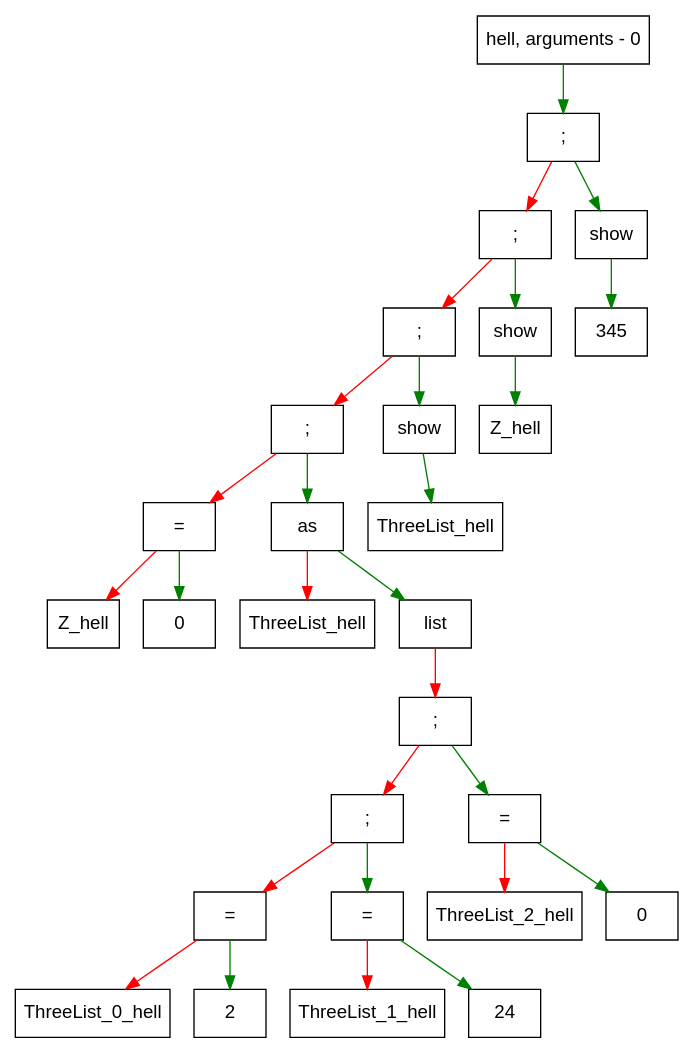
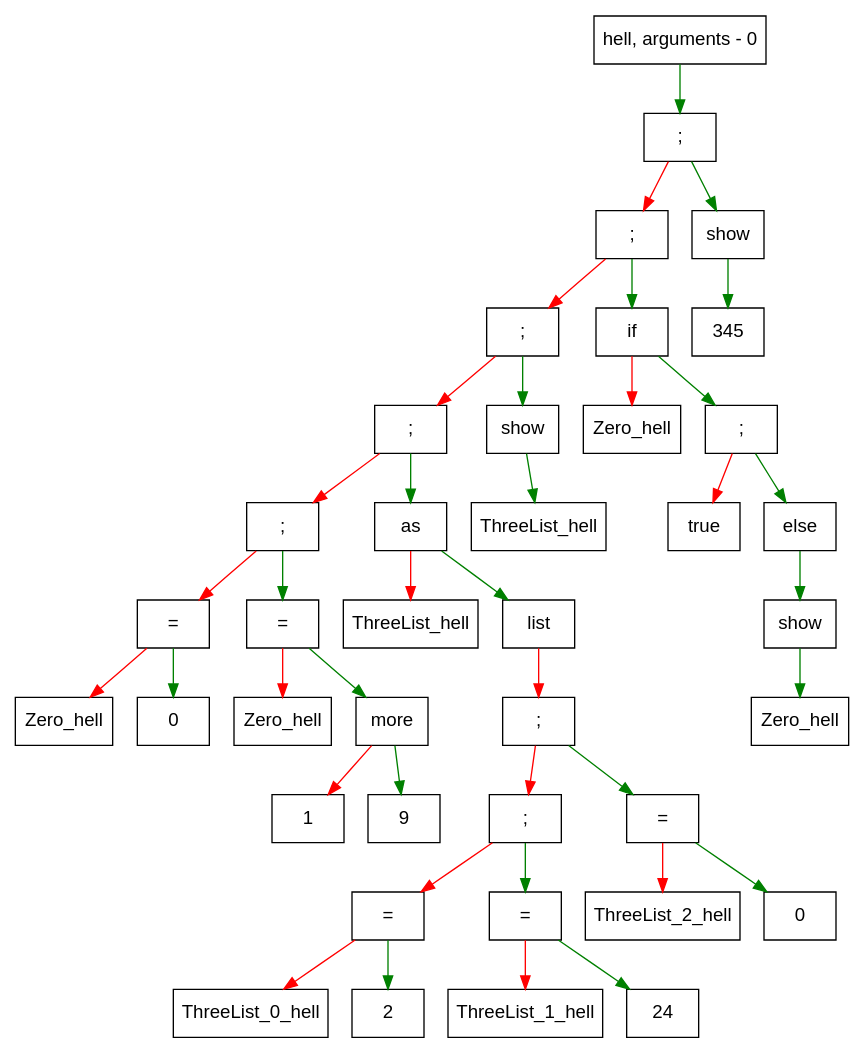
Before and after one commit to Naminar/Language: the diagram in dump.dot, drawn with Graphviz. The commit also changed 21 other files, not shown here.

```diff
--- a/dump.dot
+++ b/dump.dot
@@ -1,58 +1,80 @@
 digraph G{
  size="100" node [shape = record, fontname = Arial];
-    elem0000027a0cee1640[label = " {hell, arguments - 0 } "];
+    elem000001ba669b1640[label = " {hell, arguments - 0 } "];
 edge [color = green];
-elem0000027a0cee1640 -> elem0000027a0cee5c60;elem0000027a0cee5c60[label = " {; } "];
+elem000001ba669b1640 -> elem000001ba669b9140;elem000001ba669b9140[label = " {; } "];
 edge [color = red];
-elem0000027a0cee5c60 -> elem0000027a0cee6760;edge [color = green];
-elem0000027a0cee5c60 -> elem0000027a0cee79a0;elem0000027a0cee6760[label = " {; } "];
+elem000001ba669b9140 -> elem000001ba669b94c0;edge [color = green];
+elem000001ba669b9140 -> elem000001ba669b8fc0;elem000001ba669b94c0[label = " {; } "];
 edge [color = red];
-elem0000027a0cee6760 -> elem0000027a0cee5960;edge [color = green];
-elem0000027a0cee6760 -> elem0000027a0cee7860;elem0000027a0cee5960[label = " {; } "];
+elem000001ba669b94c0 -> elem000001ba669b9040;edge [color = green];
+elem000001ba669b94c0 -> elem000001ba669b7960;elem000001ba669b9040[label = " {; } "];
 edge [color = red];
-elem0000027a0cee5960 -> elem0000027a0cee65e0;edge [color = green];
-elem0000027a0cee5960 -> elem0000027a0cee7a20;elem0000027a0cee65e0[label = " {; } "];
+elem000001ba669b9040 -> elem000001ba669b9340;edge [color = green];
+elem000001ba669b9040 -> elem000001ba669b77e0;elem000001ba669b9340[label = " {; } "];
 edge [color = red];
-elem0000027a0cee65e0 -> elem0000027a0cee7760;edge [color = green];
-elem0000027a0cee65e0 -> elem0000027a0cee6a30;elem0000027a0cee7760[label = " {= } "];
+elem000001ba669b9340 -> elem000001ba669b9300;edge [color = green];
+elem000001ba669b9340 -> elem000001ba669b7c60;elem000001ba669b9300[label = " {; } "];
 edge [color = red];
-elem0000027a0cee7760 -> elem0000027a0cee6810;edge [color = green];
-elem0000027a0cee7760 -> elem0000027a0cee76e0;elem0000027a0cee6810[label = " {Z_hell } "];
-elem0000027a0cee76e0[label = " {0 } "];
-elem0000027a0cee6a30[label = " {as } "];
+elem000001ba669b9300 -> elem000001ba669b9400;edge [color = green];
+elem000001ba669b9300 -> elem000001ba669b69a0;elem000001ba669b9400[label = " {= } "];
 edge [color = red];
-elem0000027a0cee6a30 -> elem0000027a0cee69a0;edge [color = green];
-elem0000027a0cee6a30 -> elem0000027a0cee6b50;elem0000027a0cee69a0[label = " {ThreeList_hell } "];
-elem0000027a0cee6b50[label = " {list } "];
+elem000001ba669b9400 -> elem000001ba669b6810;edge [color = green];
+elem000001ba669b9400 -> elem000001ba669b8c00;elem000001ba669b6810[label = " {Zero_hell } "];
+elem000001ba669b8c00[label = " {0 } "];
+elem000001ba669b69a0[label = " {= } "];
 edge [color = red];
-elem0000027a0cee6b50 -> elem0000027a0cee64e0;elem0000027a0cee64e0[label = " {; } "];
+elem000001ba669b69a0 -> elem000001ba669b6910;edge [color = green];
+elem000001ba669b69a0 -> elem000001ba669b6ac0;elem000001ba669b6910[label = " {Zero_hell } "];
+elem000001ba669b6ac0[label = " {more } "];
 edge [color = red];
-elem0000027a0cee64e0 -> elem0000027a0cee7ae0;edge [color = green];
-elem0000027a0cee64e0 -> elem0000027a0cee5a60;elem0000027a0cee7ae0[label = " {; } "];
+elem000001ba669b6ac0 -> elem000001ba669b6a30;edge [color = green];
+elem000001ba669b6ac0 -> elem000001ba669b6be0;elem000001ba669b6a30[label = " {1 } "];
+elem000001ba669b6be0[label = " {9 } "];
+elem000001ba669b7c60[label = " {as } "];
 edge [color = red];
-elem0000027a0cee7ae0 -> elem0000027a0cee7aa0;edge [color = green];
-elem0000027a0cee7ae0 -> elem0000027a0cee6020;elem0000027a0cee7aa0[label = " {= } "];
+elem000001ba669b7c60 -> elem000001ba669b7760;edge [color = green];
+elem000001ba669b7c60 -> elem000001ba669b75a0;elem000001ba669b7760[label = " {ThreeList_hell } "];
+elem000001ba669b75a0[label = " {list } "];
 edge [color = red];
-elem0000027a0cee7aa0 -> elem0000027a0cee7ba0;edge [color = green];
-elem0000027a0cee7aa0 -> elem0000027a0cee7c20;elem0000027a0cee7ba0[label = " {ThreeList_0_hell } "];
-elem0000027a0cee7c20[label = " {2 } "];
-elem0000027a0cee6020[label = " {= } "];
+elem000001ba669b75a0 -> elem000001ba669b9500;elem000001ba669b9500[label = " {; } "];
 edge [color = red];
-elem0000027a0cee6020 -> elem0000027a0cee7b20;edge [color = green];
-elem0000027a0cee6020 -> elem0000027a0cee7720;elem0000027a0cee7b20[label = " {ThreeList_1_hell } "];
-elem0000027a0cee7720[label = " {24 } "];
-elem0000027a0cee5a60[label = " {= } "];
+elem000001ba669b9500 -> elem000001ba669b9a00;edge [color = green];
+elem000001ba669b9500 -> elem000001ba669b8f80;elem000001ba669b9a00[label = " {; } "];
 edge [color = red];
-elem0000027a0cee5a60 -> elem0000027a0cee6060;edge [color = green];
-elem0000027a0cee5a60 -> elem0000027a0cee66a0;elem0000027a0cee6060[label = " {ThreeList_2_hell } "];
-elem0000027a0cee66a0[label = " {0 } "];
-elem0000027a0cee7a20[label = " {show } "];
+elem000001ba669b9a00 -> elem000001ba669b9980;edge [color = green];
+elem000001ba669b9a00 -> elem000001ba669b8d00;elem000001ba669b9980[label = " {= } "];
+edge [color = red];
+elem000001ba669b9980 -> elem000001ba669b91c0;edge [color = green];
+elem000001ba669b9980 -> elem000001ba669b79a0;elem000001ba669b91c0[label = " {ThreeList_0_hell } "];
+elem000001ba669b79a0[label = " {2 } "];
+elem000001ba669b8d00[label = " {= } "];
+edge [color = red];
+elem000001ba669b8d00 -> elem000001ba669b8cc0;edge [color = green];
+elem000001ba669b8d00 -> elem000001ba669b75e0;elem000001ba669b8cc0[label = " {ThreeList_1_hell } "];
+elem000001ba669b75e0[label = " {24 } "];
+elem000001ba669b8f80[label = " {= } "];
+edge [color = red];
+elem000001ba669b8f80 -> elem000001ba669b9a40;edge [color = green];
+elem000001ba669b8f80 -> elem000001ba669b9940;elem000001ba669b9a40[label = " {ThreeList_2_hell } "];
+elem000001ba669b9940[label = " {0 } "];
+elem000001ba669b77e0[label = " {show } "];
 edge [color = green];
-elem0000027a0cee7a20 -> elem0000027a0cee78e0;elem0000027a0cee78e0[label = " {ThreeList_hell } "];
-elem0000027a0cee7860[label = " {show } "];
+elem000001ba669b77e0 -> elem000001ba669b78e0;elem000001ba669b78e0[label = " {ThreeList_hell } "];
+elem000001ba669b7960[label = " {if } "];
+edge [color = red];
+elem000001ba669b7960 -> elem000001ba669b7a60;edge [color = green];
+elem000001ba669b7960 -> elem000001ba669b98c0;elem000001ba669b7a60[label = " {Zero_hell } "];
+elem000001ba669b98c0[label = " {; } "];
+edge [color = red];
+elem000001ba669b98c0 -> elem000001ba669b76e0;edge [color = green];
+elem000001ba669b98c0 -> elem000001ba669b7b20;elem000001ba669b76e0[label = " {true } "];
+elem000001ba669b7b20[label = " {else } "];
 edge [color = green];
-elem0000027a0cee7860 -> elem0000027a0cee7ca0;elem0000027a0cee7ca0[label = " {Z_hell } "];
-elem0000027a0cee79a0[label = " {show } "];
+elem000001ba669b7b20 -> elem000001ba669b7860;elem000001ba669b7860[label = " {show } "];
 edge [color = green];
-elem0000027a0cee79a0 -> elem0000027a0cee75a0;elem0000027a0cee75a0[label = " {345 } "];
+elem000001ba669b7860 -> elem000001ba669b7be0;elem000001ba669b7be0[label = " {Zero_hell } "];
+elem000001ba669b8fc0[label = " {show } "];
+edge [color = green];
+elem000001ba669b8fc0 -> elem000001ba669b9700;elem000001ba669b9700[label = " {345 } "];
 }
```
